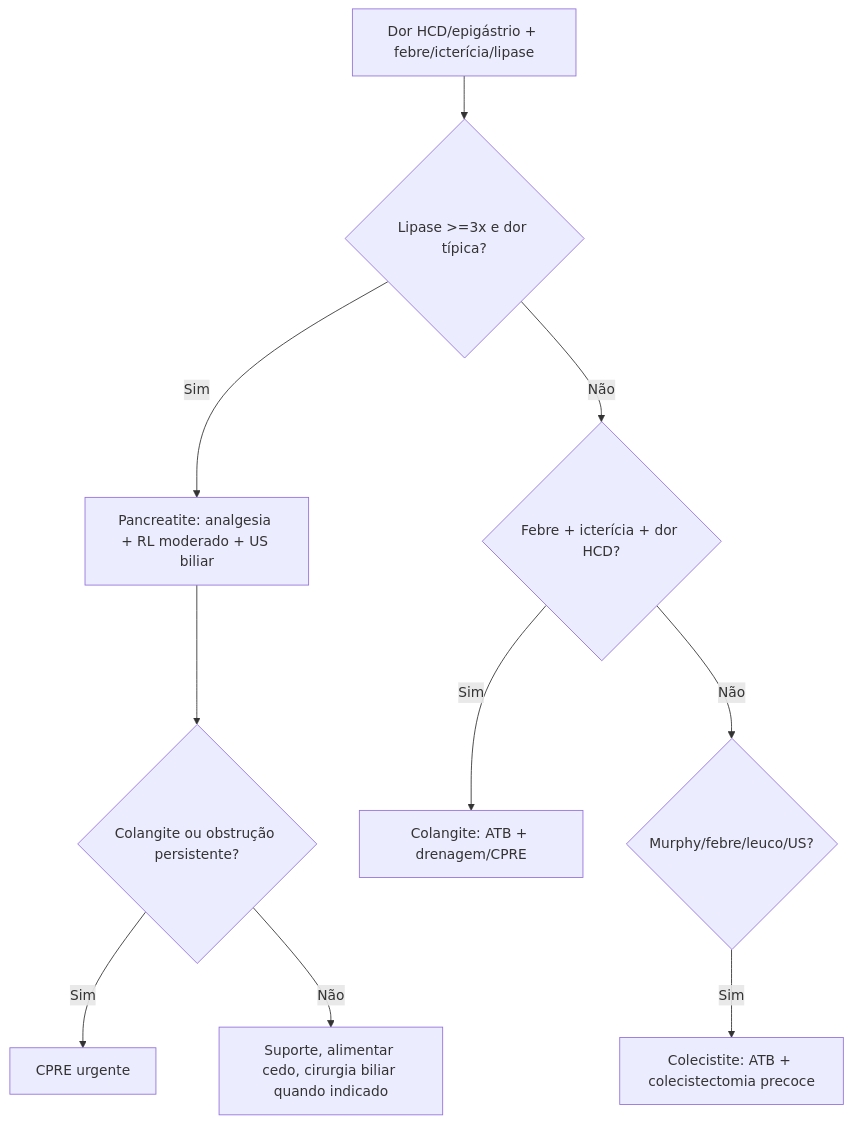
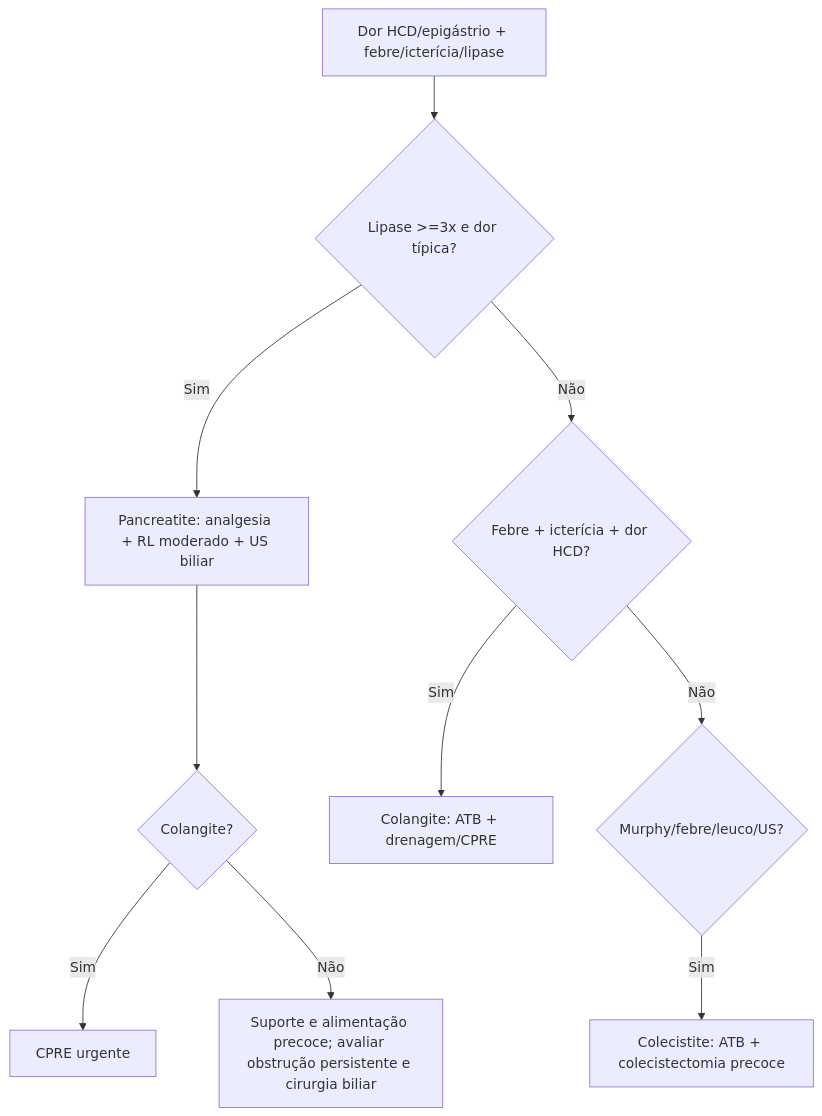
Before and after one commit to ThiagoPersona/emergencia26: the fourth of 4 diagrams in Intensivao/temas/014_gastro-hepatologia-abdome-agudo.md, drawn with Mermaid. The commit also changed other lines of this file and 11 other files, not shown here.

````diff
--- a/Intensivao/temas/014_gastro-hepatologia-abdome-agudo.md
+++ b/Intensivao/temas/014_gastro-hepatologia-abdome-agudo.md
@@ -319,12 +327,12 @@
 ```mermaid
 flowchart TD
     A[Dor HCD/epigástrio + febre/icterícia/lipase] --> B{Lipase >=3x e dor típica?}
     B -->|Sim| C[Pancreatite: analgesia + RL moderado + US biliar]
-    C --> D{Colangite ou obstrução persistente?}
+    C --> D{Colangite?}
     D -->|Sim| E[CPRE urgente]
-    D -->|Não| F[Suporte, alimentar cedo, cirurgia biliar quando indicado]
+    D -->|Não| F[Suporte e alimentação precoce; avaliar obstrução persistente e cirurgia biliar]
     B -->|Não| G{Febre + icterícia + dor HCD?}
     G -->|Sim| H[Colangite: ATB + drenagem/CPRE]
     G -->|Não| I{Murphy/febre/leuco/US?}
     I -->|Sim| J[Colecistite: ATB + colecistectomia precoce]
 ```
````
